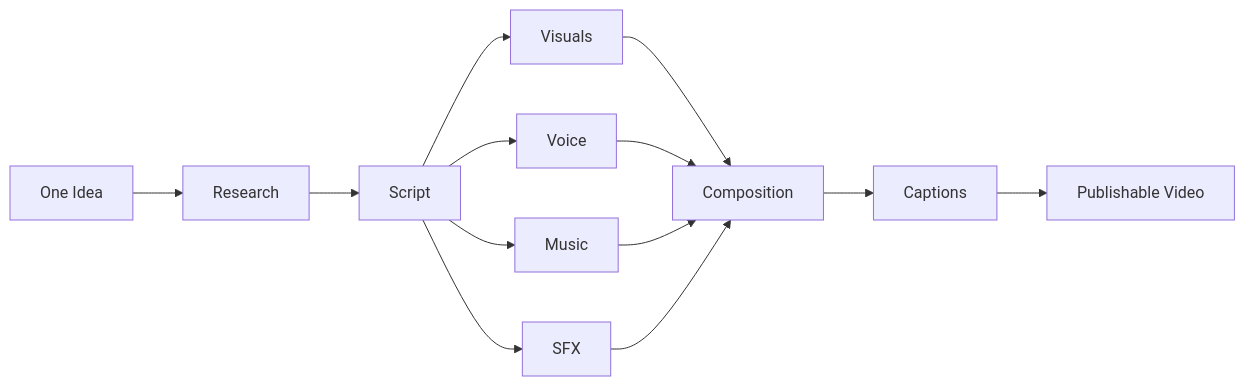
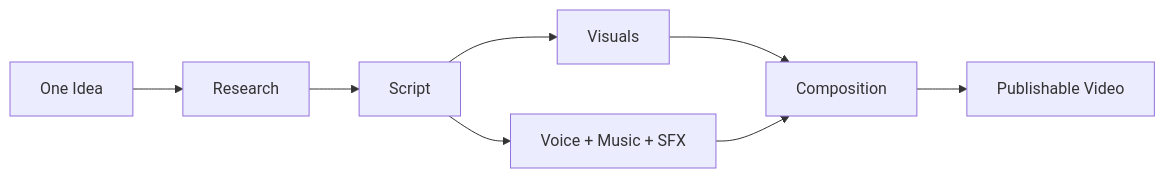
One commit to Nadjiba-Rahal/video-agent changed the fifth of 5 diagrams in README.md. Above: the diagram before and after it, drawn with Mermaid. The commit also changed other lines of this file, not shown here.

````diff
--- a/README.md
+++ b/README.md
@@ -865,30 +362,19 @@
 ```mermaid
 flowchart LR
 
     IDEA["One Idea"]
     RESEARCH["Research"]
     SCRIPT["Script"]
     VISUAL["Visuals"]
-    VOICE["Voice"]
-    MUSIC["Music"]
-    SFX["SFX"]
+    AUDIO["Voice + Music + SFX"]
     COMPOSE["Composition"]
-    CAPTIONS["Captions"]
     FINAL["Publishable Video"]
 
     IDEA --> RESEARCH
     RESEARCH --> SCRIPT
-
     SCRIPT --> VISUAL
-    SCRIPT --> VOICE
-    SCRIPT --> MUSIC
-    SCRIPT --> SFX
-
+    SCRIPT --> AUDIO
     VISUAL --> COMPOSE
-    VOICE --> COMPOSE
-    MUSIC --> COMPOSE
-    SFX --> COMPOSE
-
-    COMPOSE --> CAPTIONS
-    CAPTIONS --> FINAL
+    AUDIO --> COMPOSE
+    COMPOSE --> FINAL
 ```
````
